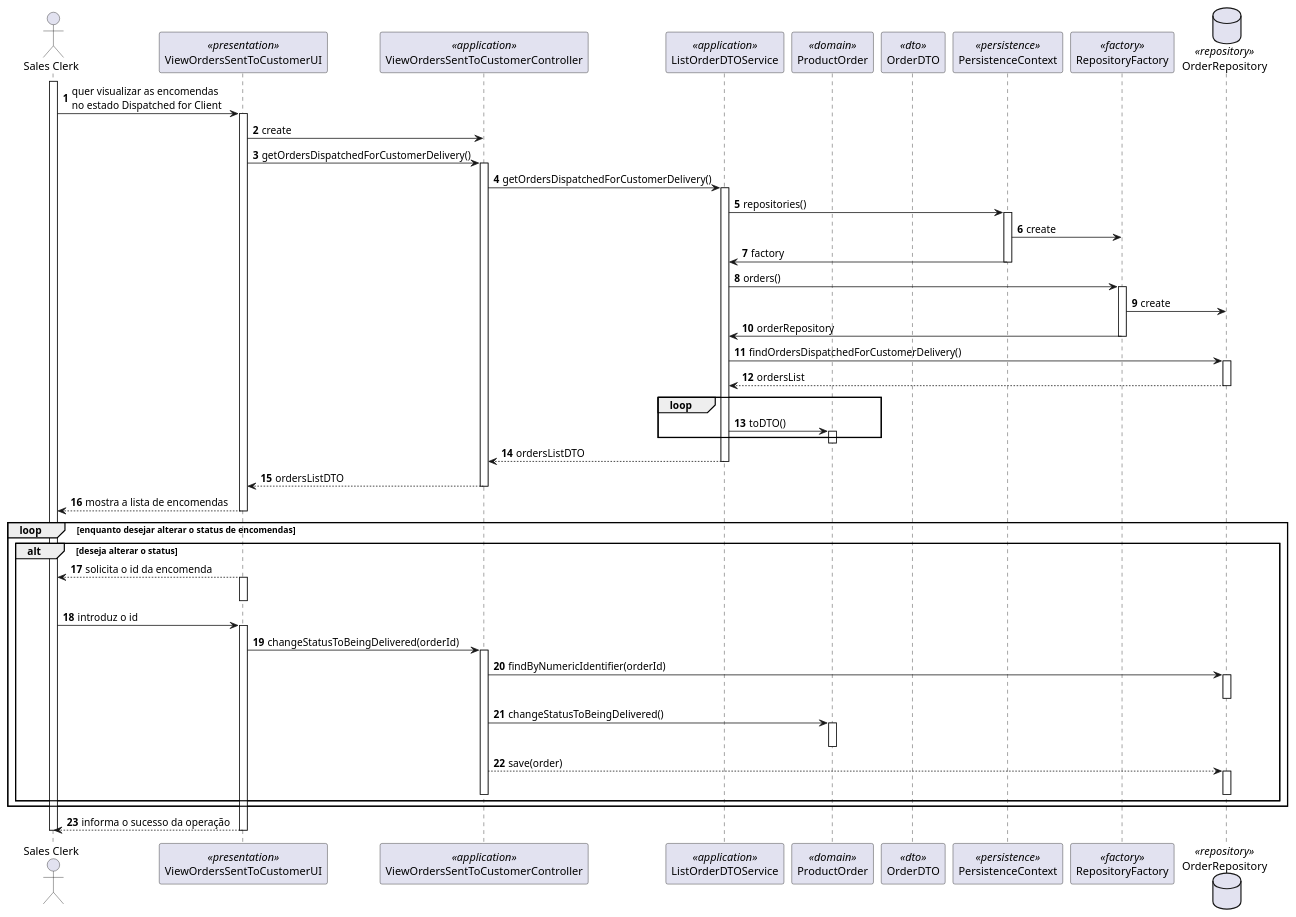
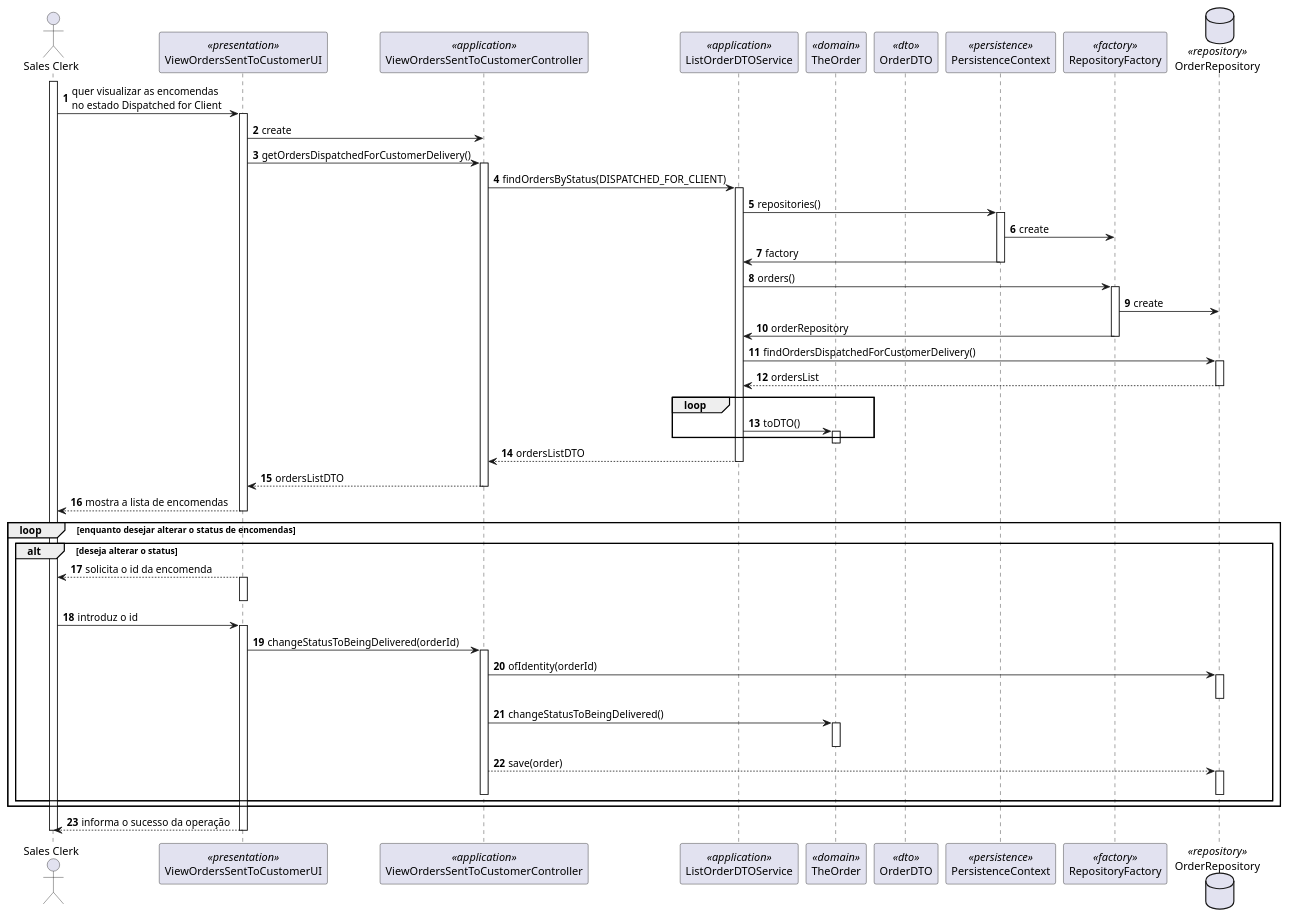
The diagram in docs/1201518/US1006/SD_AlterarStatusDaOrderParaDelivered.puml (ana-albergaria/LAPR4-ISEP), drawn with PlantUML before and after one commit. The commit also changed 6 other files, not shown here.

Commit message:
Issue #29 - Implemented Controller and ListOrderDTOService

```diff
--- a/docs/1201518/US1006/SD_AlterarStatusDaOrderParaDelivered.puml
+++ b/docs/1201518/US1006/SD_AlterarStatusDaOrderParaDelivered.puml
@@ -1,74 +1,74 @@
 @startuml
 
 autonumber
 actor "Sales Clerk" as SC
 participant ViewOrdersSentToCustomerUI as UI <<presentation>>
 participant ViewOrdersSentToCustomerController as Controller <<application>>
 participant ListOrderDTOService as serv <<application>>
-participant "ProductOrder" as Domain <<domain>>
+participant "TheOrder" as Domain <<domain>>
 participant "OrderDTO" as DTO <<dto>>
 participant PersistenceContext as Persistence <<persistence>>
 participant RepositoryFactory as Factory <<factory>>
 database OrderRepository as repository <<repository>>
 
 activate SC
 SC -> UI : quer visualizar as encomendas\nno estado Dispatched for Client
 activate UI
 UI -> Controller: create
 UI -> Controller: getOrdersDispatchedForCustomerDelivery()
 activate Controller
-Controller -> serv: getOrdersDispatchedForCustomerDelivery()
+Controller -> serv: findOrdersByStatus(DISPATCHED_FOR_CLIENT)
 activate serv
 serv -> Persistence: repositories()
 activate Persistence
 Persistence -> Factory: create
 Persistence -> serv: factory
 deactivate Persistence
 serv -> Factory: orders()
 activate Factory
 Factory -> repository: create
 Factory -> serv: orderRepository
 deactivate Factory
 serv->repository:findOrdersDispatchedForCustomerDelivery()
 activate repository
 repository --> serv: ordersList
 deactivate repository
 loop
 serv -> Domain: toDTO()
 activate Domain
 end
 deactivate Domain
 serv --> Controller: ordersListDTO
 deactivate serv
 Controller --> UI: ordersListDTO
 deactivate Controller
 UI --> SC : mostra a lista de encomendas
 deactivate UI
 loop enquanto desejar alterar o status de encomendas
 /'SC -> UI : Pergunta se pretende alterar o status de alguma\nencomenda para Being Delivered
 activate UI'/
 alt deseja alterar o status
 UI --> SC : solicita o id da encomenda
 activate UI
 deactivate UI
 SC -> UI : introduz o id
 activate UI
 UI -> Controller: changeStatusToBeingDelivered(orderId)
 activate Controller
-Controller->repository:findByNumericIdentifier(orderId)
+Controller->repository:ofIdentity(orderId)
 activate repository
 deactivate repository
 Controller -> Domain: changeStatusToBeingDelivered()
 activate Domain
 deactivate Domain
 Controller --> repository: save(order)
 activate repository
 deactivate repository
 deactivate Controller
 end
 end
 UI --> SC : informa o sucesso da operação
 deactivate UI
 deactivate SC
 
 @enduml
```
